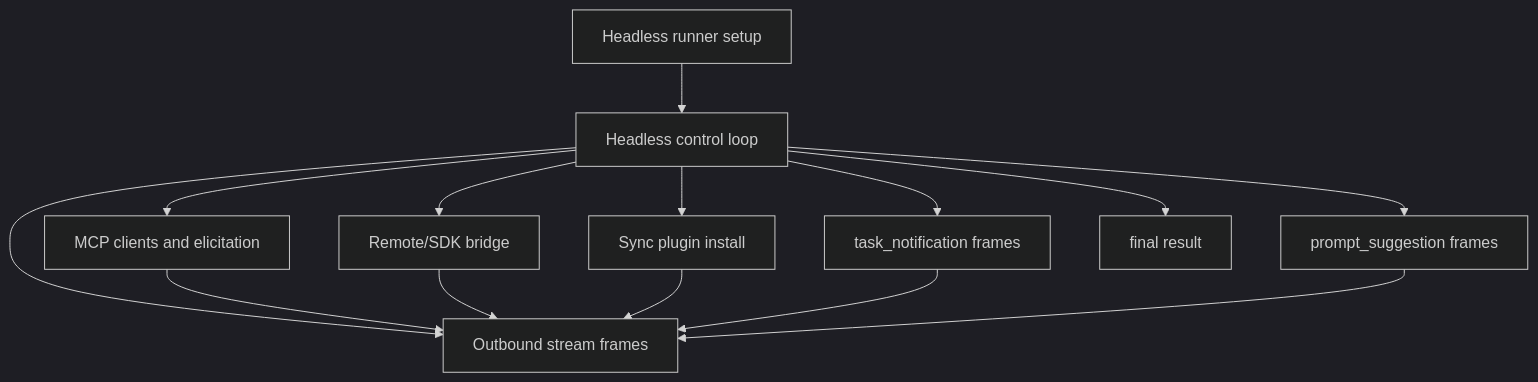
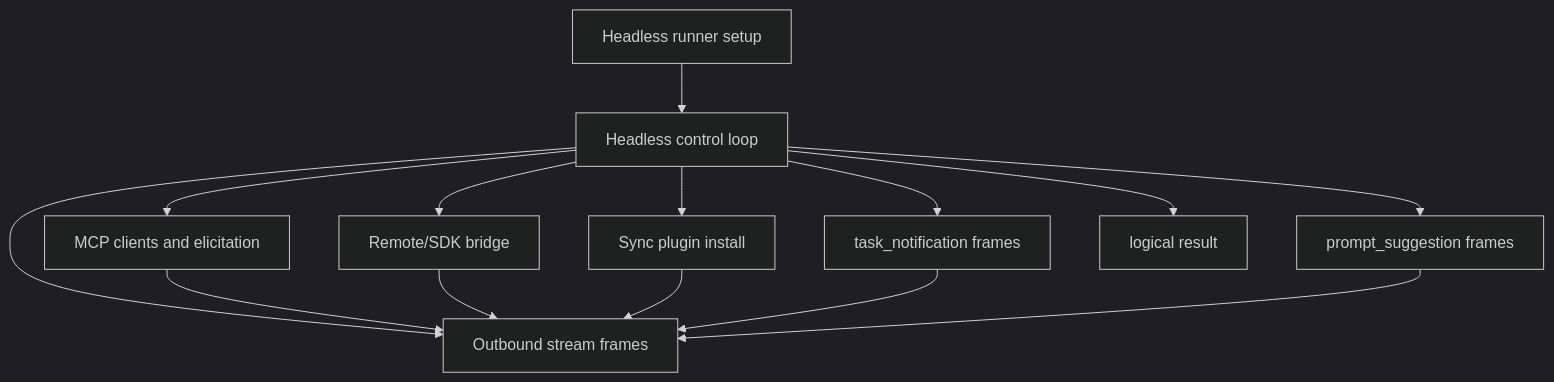
One commit to vibewatch/claude-code-internals changed the second of 2 diagrams in docs/02-context-model-loop/headless-streaming-and-resilience.md. Above: the diagram before and after it, drawn with Mermaid (dark theme). The commit also changed other lines of this file and 27 other files, not shown here.

````diff
--- a/docs/02-context-model-loop/headless-streaming-and-resilience.md
+++ b/docs/02-context-model-loop/headless-streaming-and-resilience.md
@@ -159,17 +159,17 @@
 ```mermaid
 flowchart TD
     Runner[Headless runner setup] --> Loop[Headless control loop]
     Loop --> Outbound[Outbound stream frames]
     Loop --> MCP[MCP clients and elicitation]
     Loop --> Bridge[Remote/SDK bridge]
     Loop --> Plugins[Sync plugin install]
     Loop --> Tasks[task_notification frames]
     Loop --> Suggestions[prompt_suggestion frames]
-    Loop --> Result[final result]
+    Loop --> Result[logical result]
 
     MCP --> Outbound
     Bridge --> Outbound
     Plugins --> Outbound
     Tasks --> Outbound
     Suggestions --> Outbound
 ```
````
